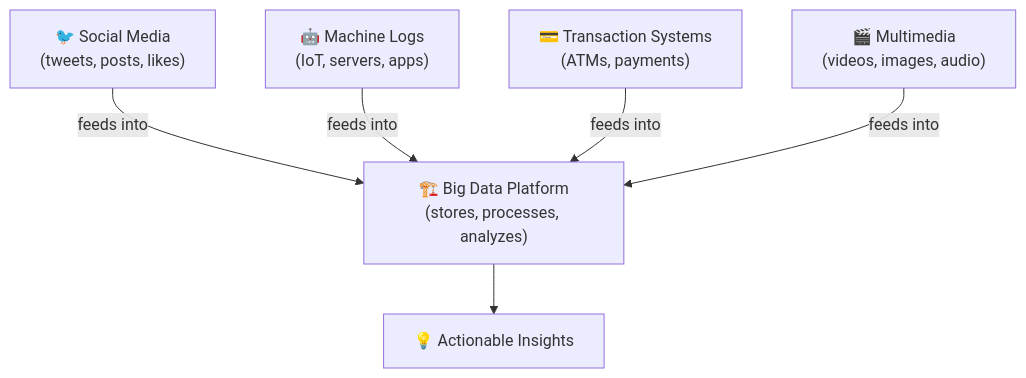
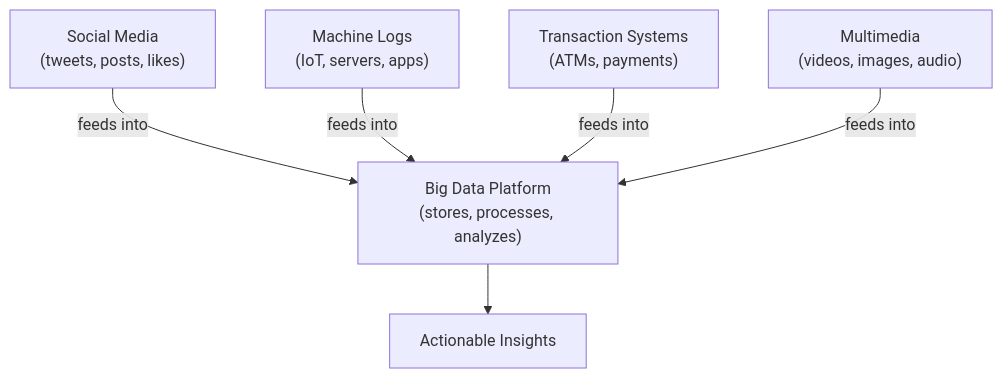
The second of 9 diagrams in UNITS/UNIT 1/unit-1-english-fun.md (NK2552003/Big-Data-Survival-Guide), drawn with Mermaid before and after one commit. The commit also changed other lines of this file and 78 other files, not shown here.

````diff
--- a/UNITS/UNIT 1/unit-1-english-fun.md
+++ b/UNITS/UNIT 1/unit-1-english-fun.md
@@ -199,15 +199,15 @@
 ```mermaid
 flowchart TB
-    Social["🐦 Social Media\n(tweets, posts, likes)"]
-    Logs["🤖 Machine Logs\n(IoT, servers, apps)"]
-    Trans["💳 Transaction Systems\n(ATMs, payments)"]
-    Media["🎬 Multimedia\n(videos, images, audio)"]
+ Social[" Social Media\n(tweets, posts, likes)"]
+ Logs[" Machine Logs\n(IoT, servers, apps)"]
+ Trans[" Transaction Systems\n(ATMs, payments)"]
+ Media[" Multimedia\n(videos, images, audio)"]
 
-    Social -->|"feeds into"| Platform
-    Logs -->|"feeds into"| Platform
-    Trans -->|"feeds into"| Platform
-    Media -->|"feeds into"| Platform
+ Social -->|"feeds into"| Platform
+ Logs -->|"feeds into"| Platform
+ Trans -->|"feeds into"| Platform
+ Media -->|"feeds into"| Platform
 
-    Platform["🏗️ Big Data Platform\n(stores, processes, analyzes)"]
-    Platform --> Insight["💡 Actionable Insights"]
+ Platform[" Big Data Platform\n(stores, processes, analyzes)"]
+ Platform --> Insight[" Actionable Insights"]
 ```
````
